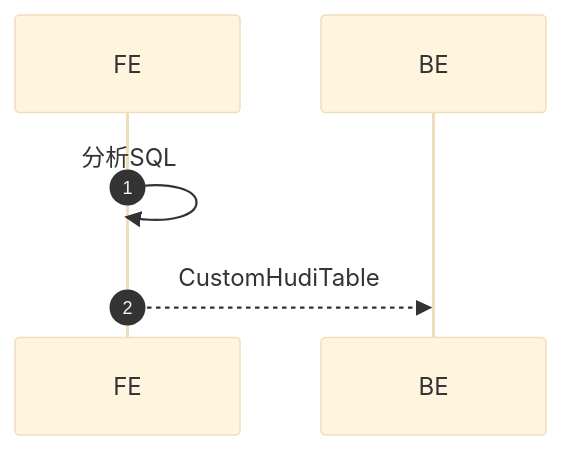
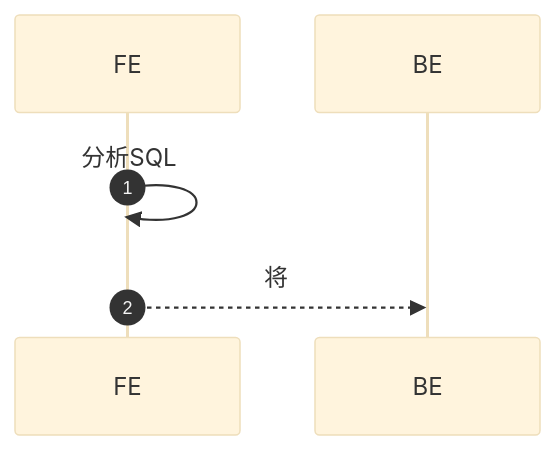
One commit to HY-10-8/iodraw-files changed the diagram in all/Doris-写入数据.md. Above: the diagram before and after it, drawn with Mermaid (base theme).

Commit message:
2026-04-22 17:11:45 update

````diff
--- a/all/Doris-写入数据.md
+++ b/all/Doris-写入数据.md
@@ -1,10 +1,10 @@
 ```mermaid
 sequenceDiagram
     autonumber
 
     participant FE
     participant BE
 
     FE->>FE: 分析SQL
-    FE-->>BE:  CustomHudiTable
+    FE-->>BE: 将
 ```
````
